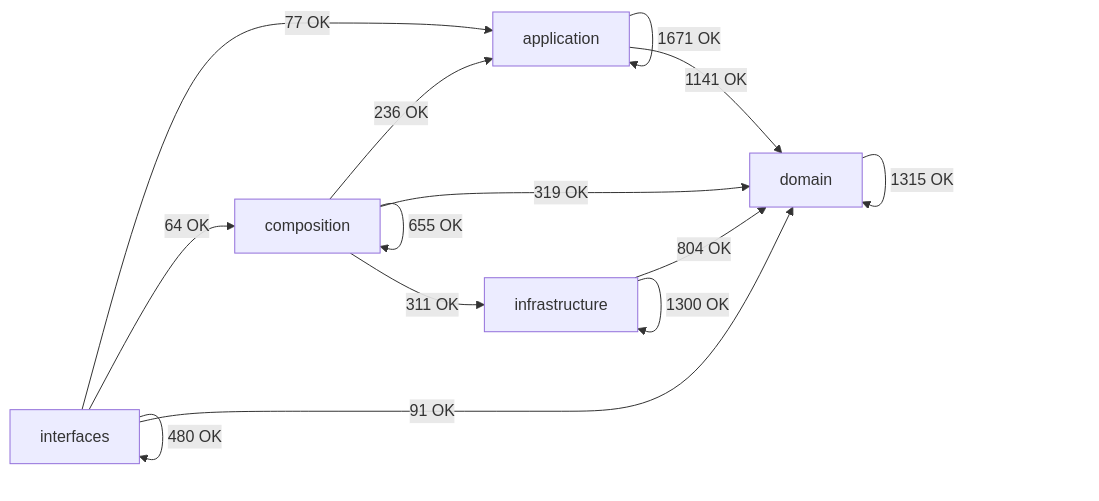
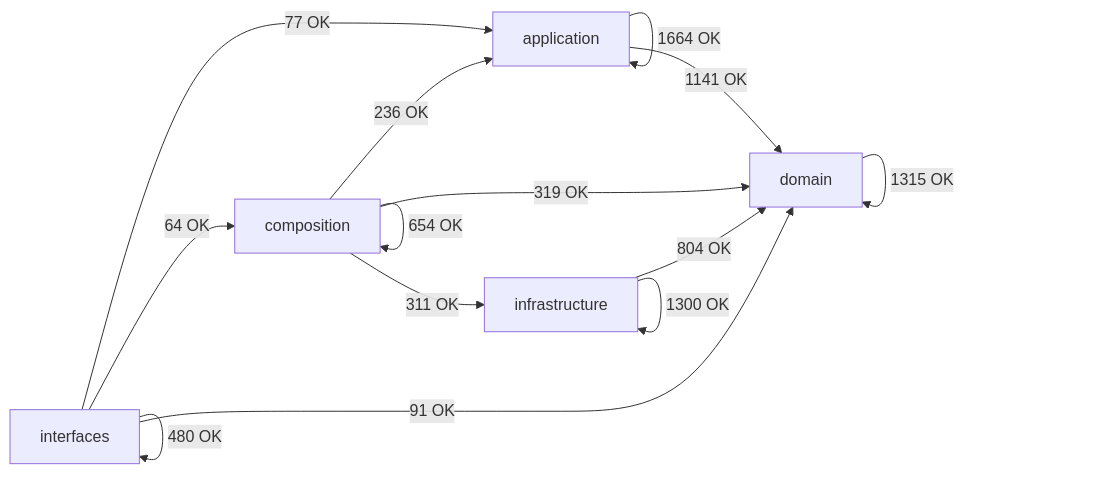
The diagram in docs/02-architecture/generated/module-dependency-map.md (SatoryKono/BioactivityDataAcquisition), drawn with Mermaid before and after one commit. The commit also changed other lines of this file and 14 other files, not shown here.

````diff
--- a/docs/02-architecture/generated/module-dependency-map.md
+++ b/docs/02-architecture/generated/module-dependency-map.md
@@ -17,21 +17,21 @@
 ```mermaid
 flowchart LR
     domain[domain]
     application[application]
     infrastructure[infrastructure]
     composition[composition]
     interfaces[interfaces]
-    application -->|1671 OK| application
+    application -->|1664 OK| application
     application -->|1141 OK| domain
     composition -->|236 OK| application
-    composition -->|655 OK| composition
+    composition -->|654 OK| composition
     composition -->|319 OK| domain
     composition -->|311 OK| infrastructure
     domain -->|1315 OK| domain
     infrastructure -->|804 OK| domain
     infrastructure -->|1300 OK| infrastructure
     interfaces -->|77 OK| application
     interfaces -->|64 OK| composition
     interfaces -->|91 OK| domain
     interfaces -->|480 OK| interfaces
 ```
````
